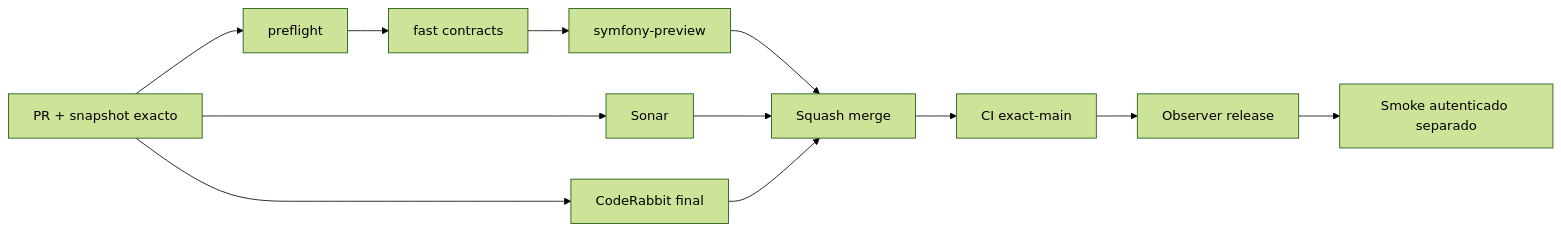
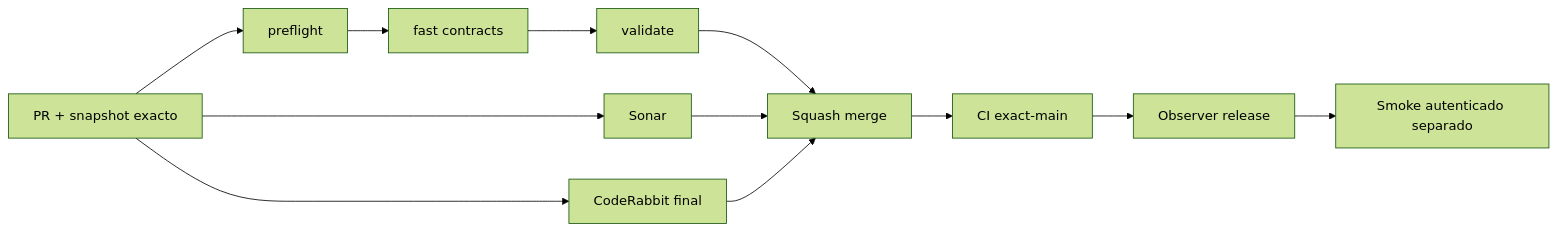
Before and after one commit to pl0n3r/GrindFlow: the diagram in README.md, drawn with Mermaid (forest theme). The commit also changed other lines of this file, not shown here.

````diff
--- a/README.md
+++ b/README.md
@@ -47,14 +46,14 @@
 ```mermaid
 flowchart LR
  A["PR + snapshot exacto"] --> P["preflight"]
  P --> F["fast contracts"]
- F --> V["symfony-preview"]
+ F --> V["validate"]
  A --> S["Sonar"]
  A --> C["CodeRabbit final"]
  V --> M["Squash merge"]
  S --> M
  C --> M
  M --> X["CI exact-main"]
  X --> O["Observer release"]
  O --> T["Smoke autenticado separado"]
 ```
````
